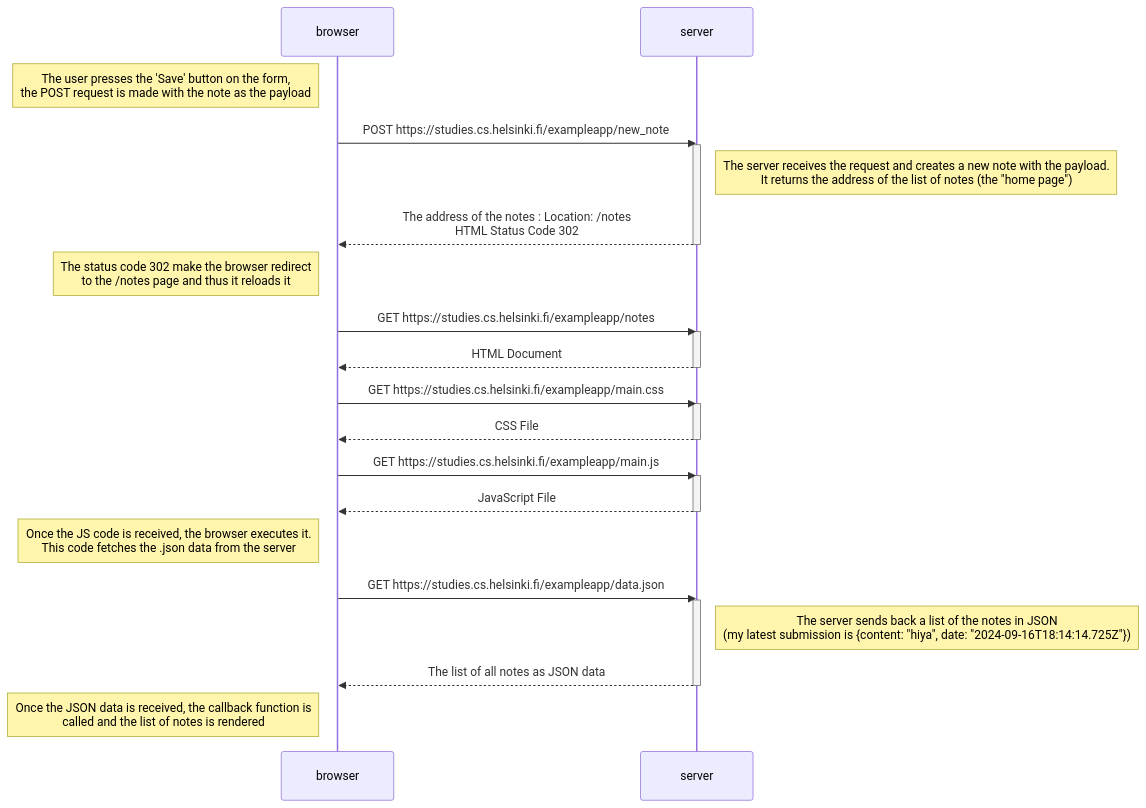
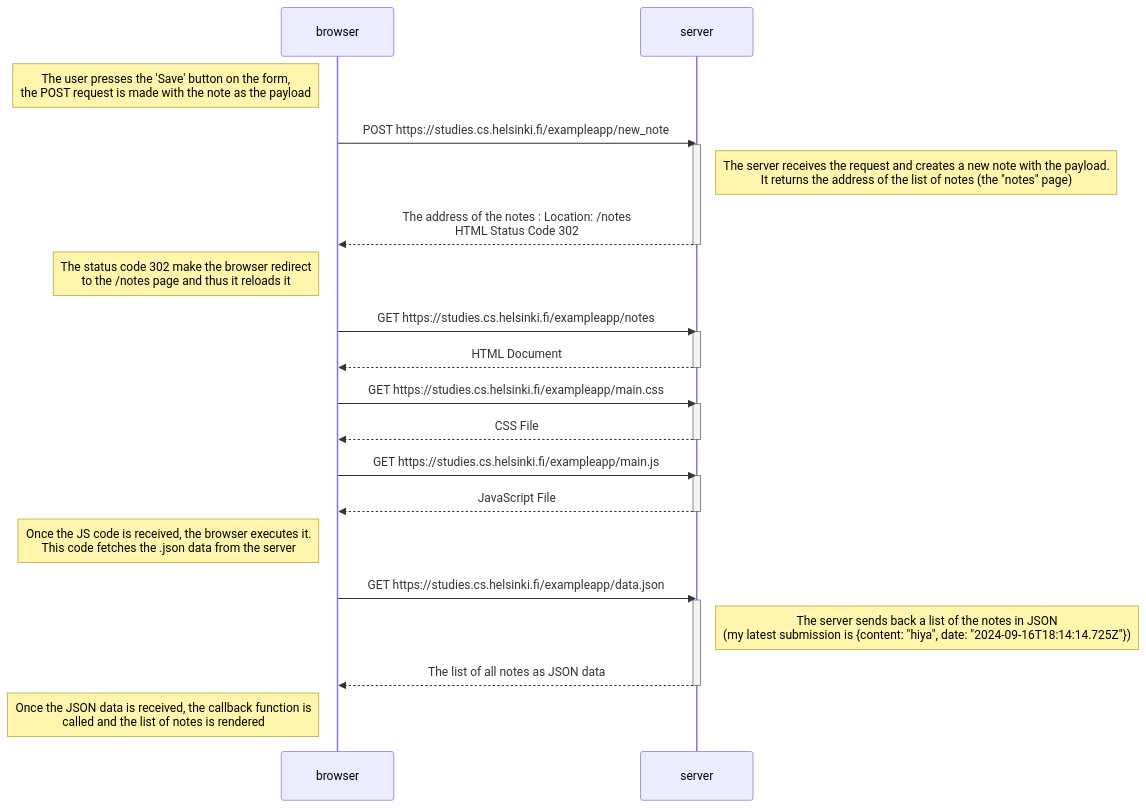
One commit to nicolasdesilles/fullstackopencourse changed the diagram in part0/0.4 - New note diagram/diagram.md. Above: the diagram before and after it, drawn with Mermaid. The commit also changed 1 other file, not shown here.

Commit message:
Fixed wording in exercise 0.4 and added exercise 0.5 diagram

````diff
--- a/part0/0.4 - New note diagram/diagram.md
+++ b/part0/0.4 - New note diagram/diagram.md
@@ -1,50 +1,50 @@
 ```mermaid
 
 sequenceDiagram
     participant browser
     participant server
 
     Note left of browser: The user presses the 'Save' button on the form, <br>the POST request is made with the note as the payload
 
     browser->>server: POST https://studies.cs.helsinki.fi/exampleapp/new_note
     activate server
 
-    Note right of server: The server receives the request and creates a new note with the payload. <br> It returns the address of the list of notes (the "home page")
+    Note right of server: The server receives the request and creates a new note with the payload. <br> It returns the address of the list of notes (the "notes" page)
 
     server-->>browser: The address of the notes : Location: /notes <br> HTML Status Code 302
     deactivate server
 
     Note left of browser: The status code 302 make the browser redirect <br> to the /notes page and thus it reloads it
 
     browser->>server: GET https://studies.cs.helsinki.fi/exampleapp/notes
     activate server
     server-->>browser: HTML Document
     deactivate server
 
     browser->>server: GET https://studies.cs.helsinki.fi/exampleapp/main.css
     activate server
     server-->>browser: CSS File
     deactivate server
 
     browser->>server: GET https://studies.cs.helsinki.fi/exampleapp/main.js
     activate server
     server-->>browser: JavaScript File
     deactivate server
 
     Note left of browser: Once the JS code is received, the browser executes it. <br> This code fetches the .json data from the server
 
     browser->>server: GET https://studies.cs.helsinki.fi/exampleapp/data.json
     activate server
 
     Note right of server: The server sends back a list of the notes in JSON <br> (my latest submission is {content: "hiya", date: "2024-09-16T18:14:14.725Z"})
 
     server-->>browser: The list of all notes as JSON data
     deactivate server
 
     Note left of browser: Once the JSON data is received, the callback function is <br> called and the list of notes is rendered
 
 
 
 
 
 ```
````
